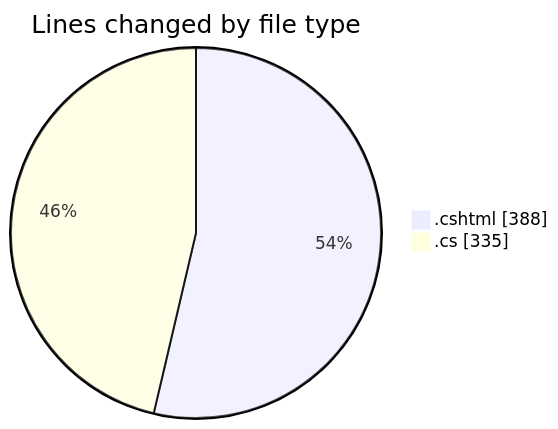
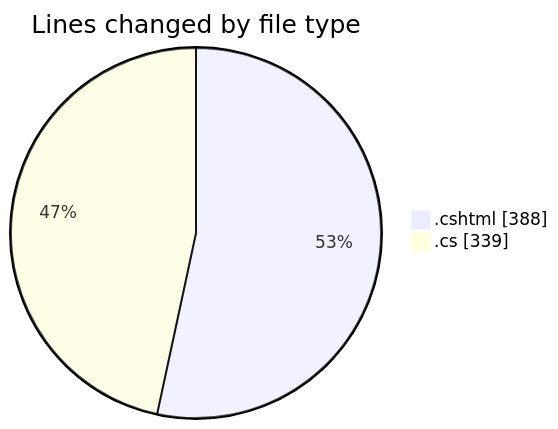
One commit to lephambinh05/code-tracking changed the first of 2 diagrams in 2025-07-17/nhahang/README.md. Above: the diagram before and after it, drawn with Mermaid. The commit also changed other lines of this file and 1 other file, not shown here.

````diff
--- a/2025-07-17/nhahang/README.md
+++ b/2025-07-17/nhahang/README.md
@@ -32,6 +32,6 @@
 ```mermaid
 pie showData
 title Lines changed by file type
 ".cshtml" : 388
-".cs" : 335
+".cs" : 339
 ```
````
